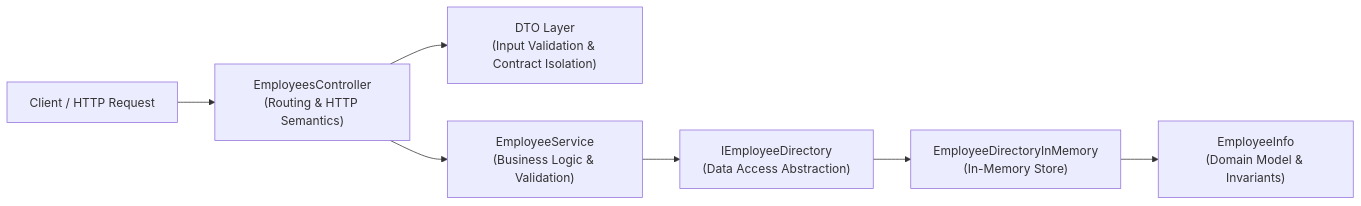
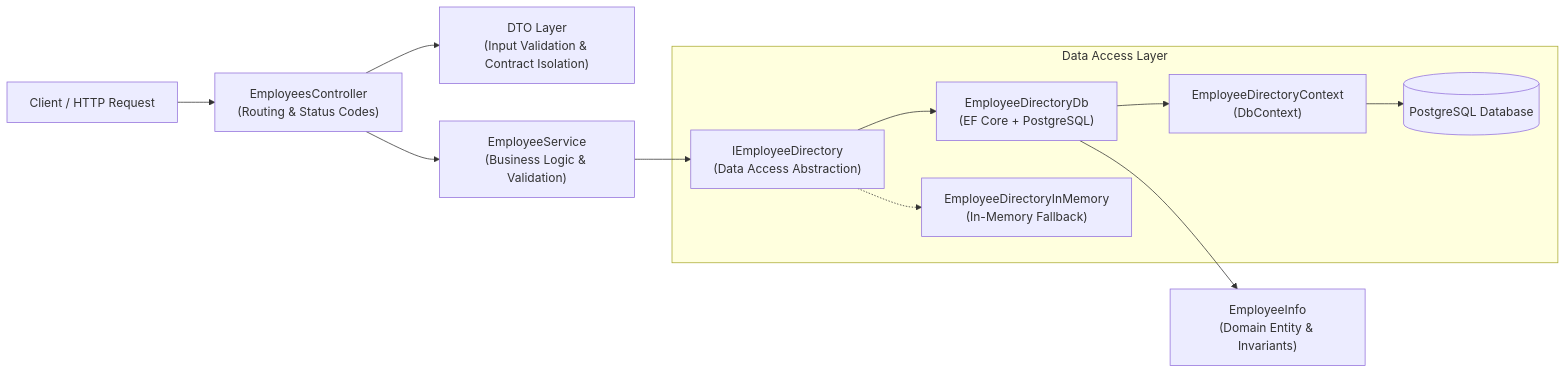
The diagram in README.md (kapilgaire312/Employee-Directory-Web-Api), drawn with Mermaid before and after one commit. The commit also changed other lines of this file, not shown here.

````diff
--- a/README.md
+++ b/README.md
@@ -29,9 +40,16 @@
 ```mermaid
 flowchart LR
-    Client["Client / HTTP Request"] --> Controller["EmployeesController\n(Routing & HTTP Semantics)"]
+    Client["Client / HTTP Request"] --> Controller["EmployeesController\n(Routing & Status Codes)"]
     Controller --> Dto["DTO Layer\n(Input Validation & Contract Isolation)"]
     Controller --> Service["EmployeeService\n(Business Logic & Validation)"]
-    Service --> Repo["IEmployeeDirectory\n(Data Access Abstraction)"]
-    Repo --> Storage["EmployeeDirectoryInMemory\n(In-Memory Store)"]
-    Storage --> Domain["EmployeeInfo\n(Domain Model & Invariants)"]
+    Service --> RepoInterface["IEmployeeDirectory\n(Data Access Abstraction)"]
+    
+    subgraph Data Access Layer
+        RepoInterface --> RepoDb["EmployeeDirectoryDb\n(EF Core + PostgreSQL)"]
+        RepoInterface -.-> RepoMemory["EmployeeDirectoryInMemory\n(In-Memory Fallback)"]
+        RepoDb --> DbContext["EmployeeDirectoryContext\n(DbContext)"]
+        DbContext --> Postgres[("PostgreSQL Database")]
+    end
+
+    RepoDb --> Domain["EmployeeInfo\n(Domain Entity & Invariants)"]
 ```
````
